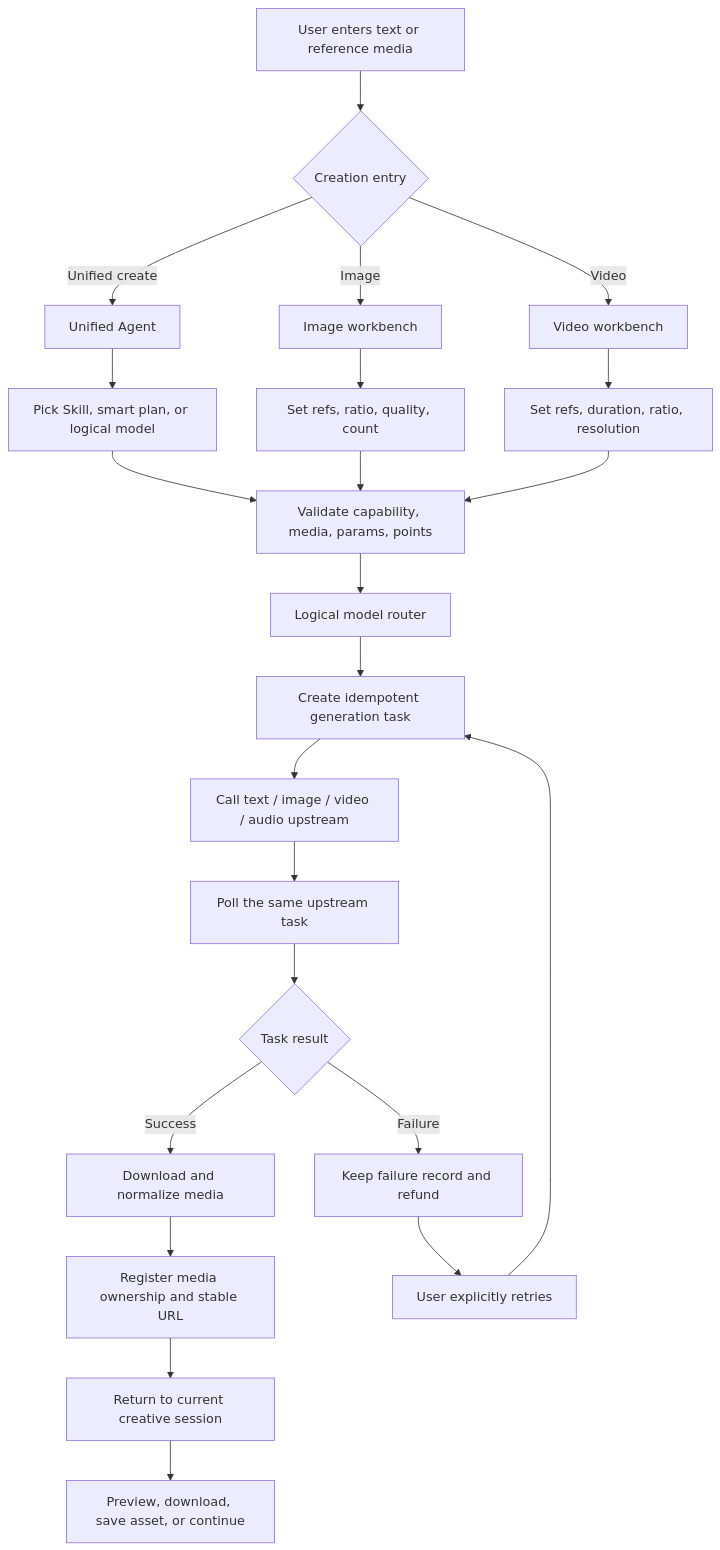
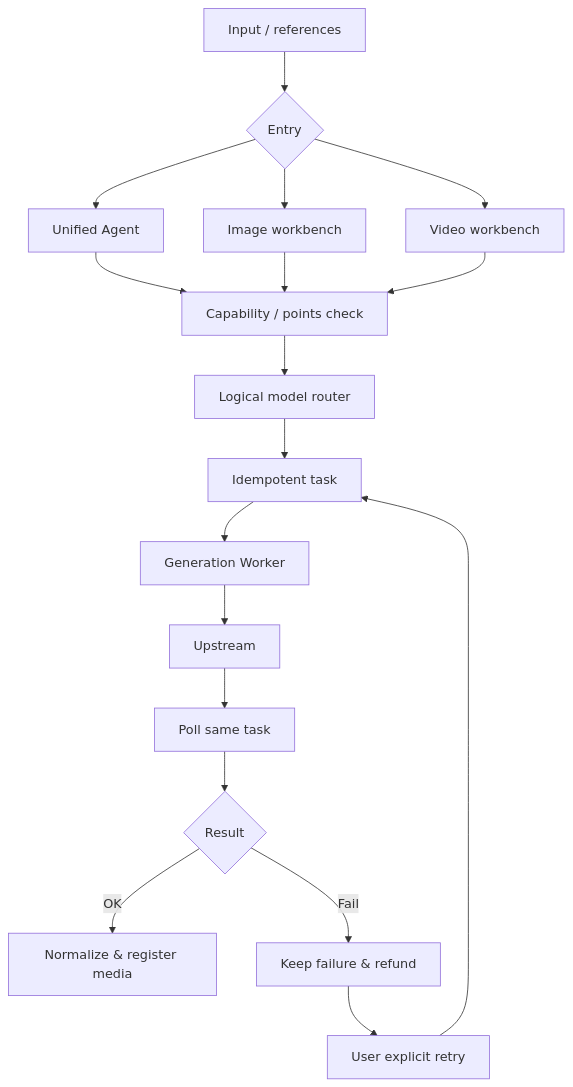
Before and after one commit to jiujiu532/JoveCanvas: the third of 6 diagrams in README.en.md, drawn with Mermaid. The commit also changed other lines of this file and 2 other files, not shown here.

````diff
--- a/README.en.md
+++ b/README.en.md
@@ -116,31 +108,20 @@
 ```mermaid
 flowchart TB
-    START["User enters text or reference media"] --> ENTRY{"Creation entry"}
-
-    ENTRY -->|Unified create| AGENT["Unified Agent"]
-    ENTRY -->|Image| IMAGE["Image workbench"]
-    ENTRY -->|Video| VIDEO["Video workbench"]
-
-    AGENT --> SKILL["Pick Skill, smart plan, or logical model"]
-    IMAGE --> IMAGE_PARAM["Set refs, ratio, quality, count"]
-    VIDEO --> VIDEO_PARAM["Set refs, duration, ratio, resolution"]
-
-    SKILL --> CHECK["Validate capability, media, params, points"]
-    IMAGE_PARAM --> CHECK
-    VIDEO_PARAM --> CHECK
-
+    START["Input / references"] --> ENTRY{"Entry"}
+    ENTRY --> AGENT["Unified Agent"]
+    ENTRY --> IMAGE["Image workbench"]
+    ENTRY --> VIDEO["Video workbench"]
+    AGENT --> CHECK["Capability / points check"]
+    IMAGE --> CHECK
+    VIDEO --> CHECK
     CHECK --> ROUTER["Logical model router"]
-    ROUTER --> CREATE_TASK["Create idempotent generation task"]
-    CREATE_TASK --> PROVIDER["Call text / image / video / audio upstream"]
-    PROVIDER --> POLL["Poll the same upstream task"]
-    POLL --> RESULT{"Task result"}
-
-    RESULT -->|Success| NORMALIZE["Download and normalize media"]
-    RESULT -->|Failure| FAILED["Keep failure record and refund"]
-    FAILED --> RETRY["User explicitly retries"]
-    RETRY --> CREATE_TASK
-
-    NORMALIZE --> SAVE["Register media ownership and stable URL"]
-    SAVE --> MESSAGE["Return to current creative session"]
-    MESSAGE --> OPERATE["Preview, download, save asset, or continue"]
+    ROUTER --> TASK["Idempotent task"]
+    TASK --> WORKER["Generation Worker"]
+    WORKER --> PROVIDER["Upstream"]
+    PROVIDER --> POLL["Poll same task"]
+    POLL --> RESULT{"Result"}
+    RESULT -->|OK| MEDIA["Normalize & register media"]
+    RESULT -->|Fail| REFUND["Keep failure & refund"]
+    REFUND --> RETRY["User explicit retry"]
+    RETRY --> TASK
 ```
````
